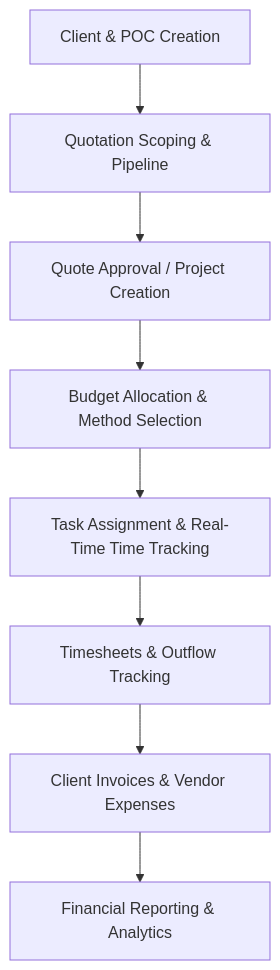
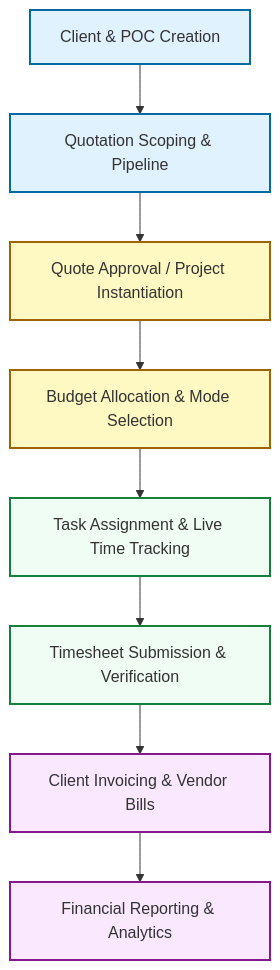
The diagram in Project_Budgeting-BE-/README.md (sriaMain/Budgeting), drawn with Mermaid before and after one commit. The commit also changed other lines of this file and 2 other files, not shown here.

````diff
--- a/Project_Budgeting-BE-/README.md
+++ b/Project_Budgeting-BE-/README.md
@@ -11,10 +23,19 @@
 ```mermaid
 graph TD
-    A[Client & POC Creation] --> B[Quotation Scoping & Pipeline]
-    B --> C[Quote Approval / Project Creation]
-    C --> D[Budget Allocation & Method Selection]
-    D --> E[Task Assignment & Real-Time Time Tracking]
-    E --> F[Timesheets & Outflow Tracking]
-    F --> G[Client Invoices & Vendor Expenses]
-    G --> H[Financial Reporting & Analytics]
+    A["Client & POC Creation"] --> B["Quotation Scoping & Pipeline"]
+    B --> C["Quote Approval / Project Instantiation"]
+    C --> D["Budget Allocation & Mode Selection"]
+    D --> E["Task Assignment & Live Time Tracking"]
+    E --> F["Timesheet Submission & Verification"]
+    F --> G["Client Invoicing & Vendor Bills"]
+    G --> H["Financial Reporting & Analytics"]
+    
+    style A fill:#e0f2fe,stroke:#0369a1,stroke-width:2px
+    style B fill:#e0f2fe,stroke:#0369a1,stroke-width:2px
+    style C fill:#fef9c3,stroke:#a16207,stroke-width:2px
+    style D fill:#fef9c3,stroke:#a16207,stroke-width:2px
+    style E fill:#f0fdf4,stroke:#15803d,stroke-width:2px
+    style F fill:#f0fdf4,stroke:#15803d,stroke-width:2px
+    style G fill:#fae8ff,stroke:#86198f,stroke-width:2px
+    style H fill:#fae8ff,stroke:#86198f,stroke-width:2px
 ```
````
